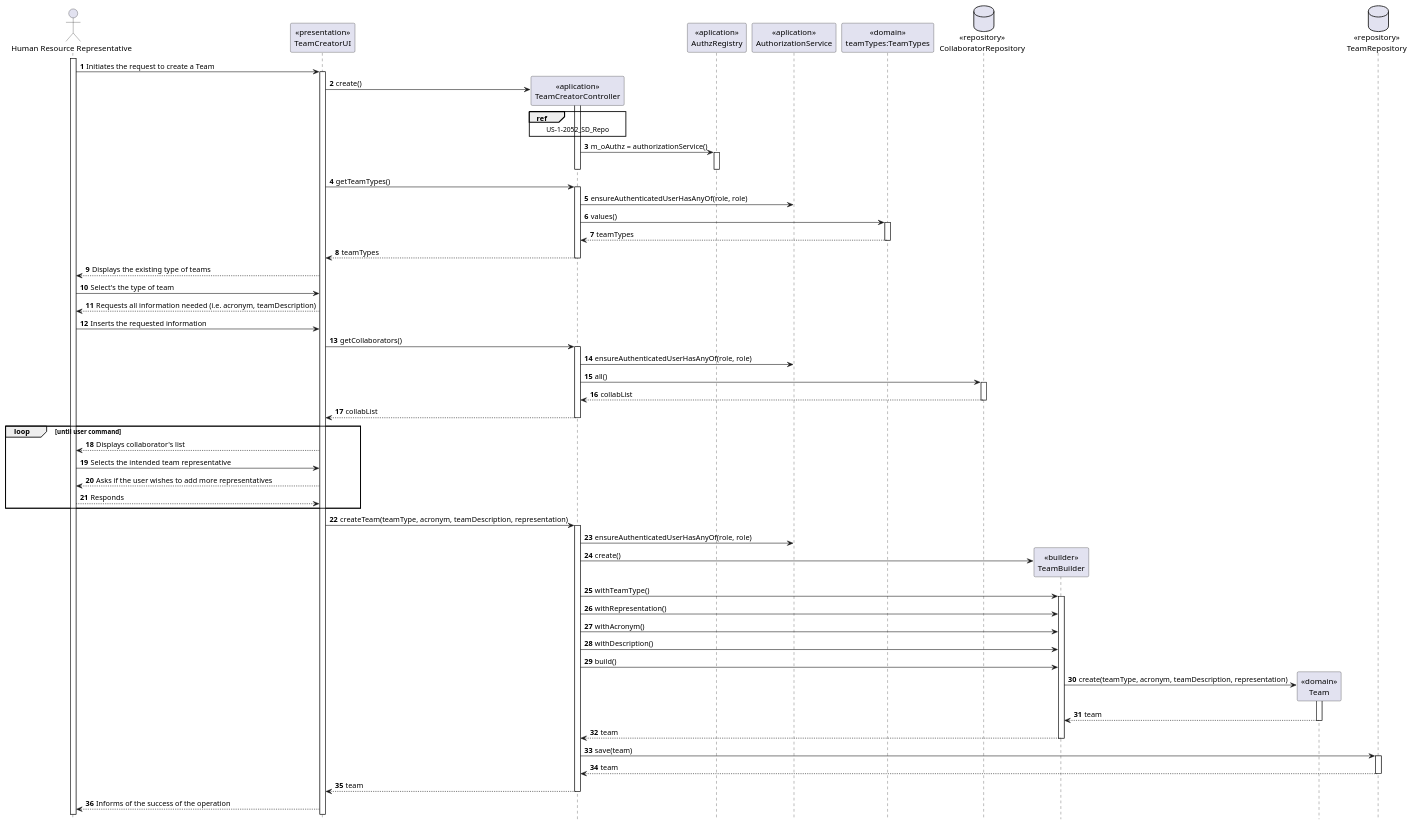
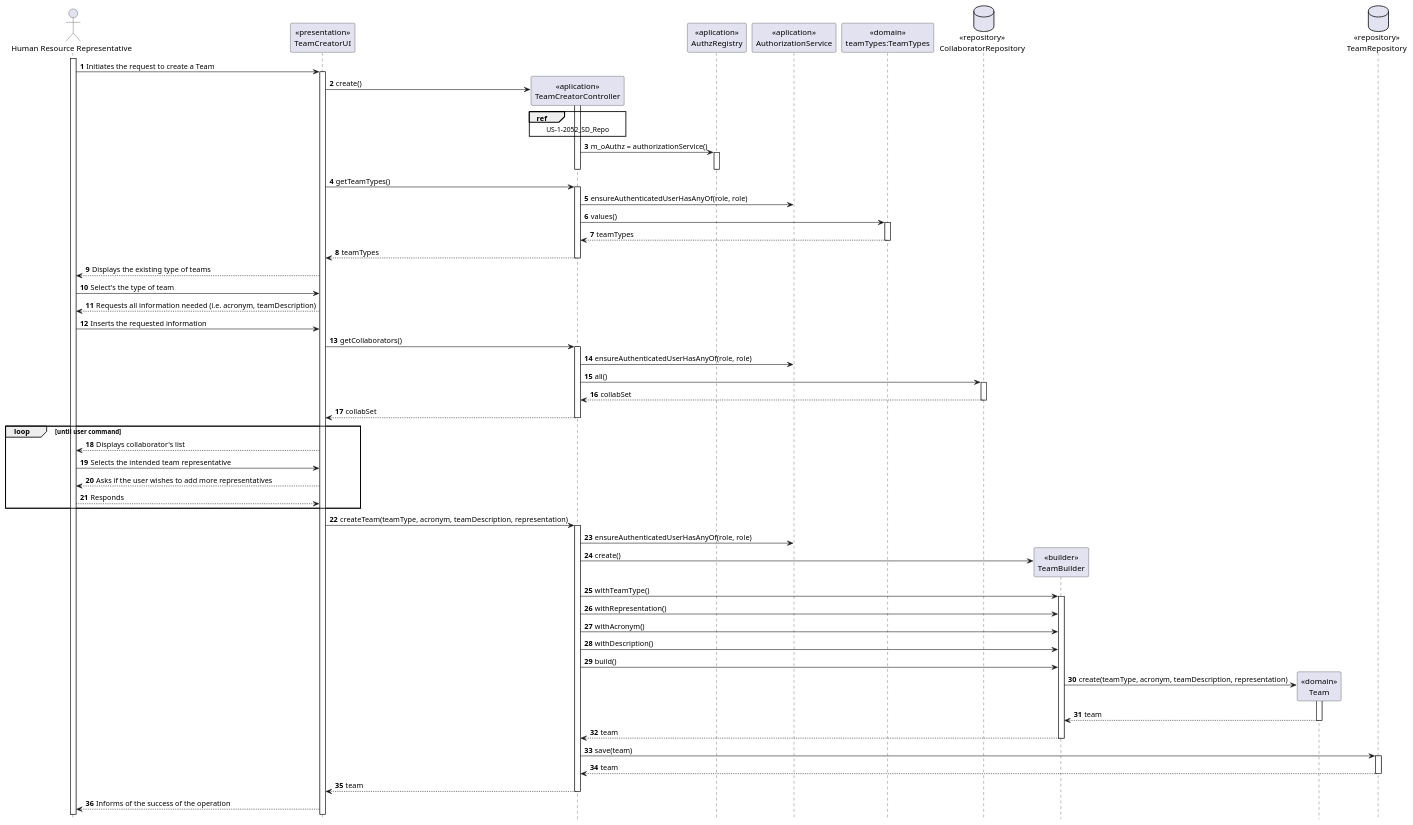
Before and after one commit to tiagoavcosta25/LAPR4: the diagram in doc/engenharia/SprintB/1191460/US-1-2052_CreateTeam/US-1-2052_SD.puml, drawn with PlantUML. The commit also changed 1 other file, not shown here.

```diff
--- a/doc/engenharia/SprintB/1191460/US-1-2052_CreateTeam/US-1-2052_SD.puml
+++ b/doc/engenharia/SprintB/1191460/US-1-2052_CreateTeam/US-1-2052_SD.puml
@@ -1,118 +1,118 @@
 @startuml
 autonumber
 hide footbox
 
 actor "Human Resource Representative" as HRR
 
 participant "<<presentation>>\nTeamCreatorUI" as UI
 participant "<<aplication>>\nTeamCreatorController" as CTRL
 participant "<<aplication>>\nAuthzRegistry" as AUTHR
 participant "<<aplication>>\nAuthorizationService" as AUTH
 participant "<<domain>>\nteamTypes:TeamTypes" as TT
 database "<<repository>>\nCollaboratorRepository" as CR
 participant "<<builder>>\nTeamBuilder" as TB
 participant "<<domain>>\nTeam" as TEAM
 database "<<repository>>\nTeamRepository" as TR
 
 activate HRR
 HRR -> UI : Initiates the request to create a Team
 
 activate UI
 UI -> CTRL** : create()
 
 activate CTRL
 ref over CTRL
 US-1-2052_SD_Repo
 end ref
 
 CTRL -> AUTHR : m_oAuthz = authorizationService()
 activate AUTHR
 deactivate CTRL
 deactivate AUTHR
 
 UI -> CTRL : getTeamTypes()
 
 activate CTRL
 CTRL -> AUTH : ensureAuthenticatedUserHasAnyOf(role, role)
 CTRL -> TT : values()
 
 activate TT
 TT --> CTRL : teamTypes
 deactivate TT
 
 CTRL --> UI : teamTypes
 deactivate CTRL
 
 UI --> HRR : Displays the existing type of teams
 
 HRR -> UI : Select's the type of team
 
 UI --> HRR : Requests all information needed (i.e. acronym, teamDescription)
 
 HRR -> UI : Inserts the requested information
 
 UI -> CTRL : getCollaborators()
 
 activate CTRL
 CTRL -> AUTH : ensureAuthenticatedUserHasAnyOf(role, role)
 CTRL -> CR : all()
 
 activate CR
-CR --> CTRL : collabList
+CR --> CTRL : collabSet
 
 deactivate CR
-CTRL --> UI : collabList
+CTRL --> UI : collabSet
 deactivate CTRL
 
 
 loop until user command
 UI --> HRR : Displays collaborator's list
 
 HRR -> UI : Selects the intended team representative
 
 UI --> HRR : Asks if the user wishes to add more representatives
 
 HRR --> UI : Responds
 end
 
 UI -> CTRL : createTeam(teamType, acronym, teamDescription, representation)
 
 activate CTRL
 CTRL -> AUTH : ensureAuthenticatedUserHasAnyOf(role, role)
 CTRL -> TB** : create()
 CTRL -> TB : withTeamType()
 
 activate TB
 
 CTRL -> TB : withRepresentation()
 CTRL -> TB : withAcronym()
 CTRL -> TB : withDescription()
 CTRL -> TB : build()
 
 TB -> TEAM** : create(teamType, acronym, teamDescription, representation)
 
 activate TEAM
 TEAM --> TB : team
 deactivate TEAM
 
 TB --> CTRL : team
 deactivate TB
 
 CTRL -> TR : save(team)
 
 activate TR
 TR --> CTRL : team
 deactivate TR
 
 CTRL --> UI : team
 deactivate CTRL
 
 UI --> HRR : Informs of the success of the operation
 
 
 
 
 
 
 
 @enduml
```
